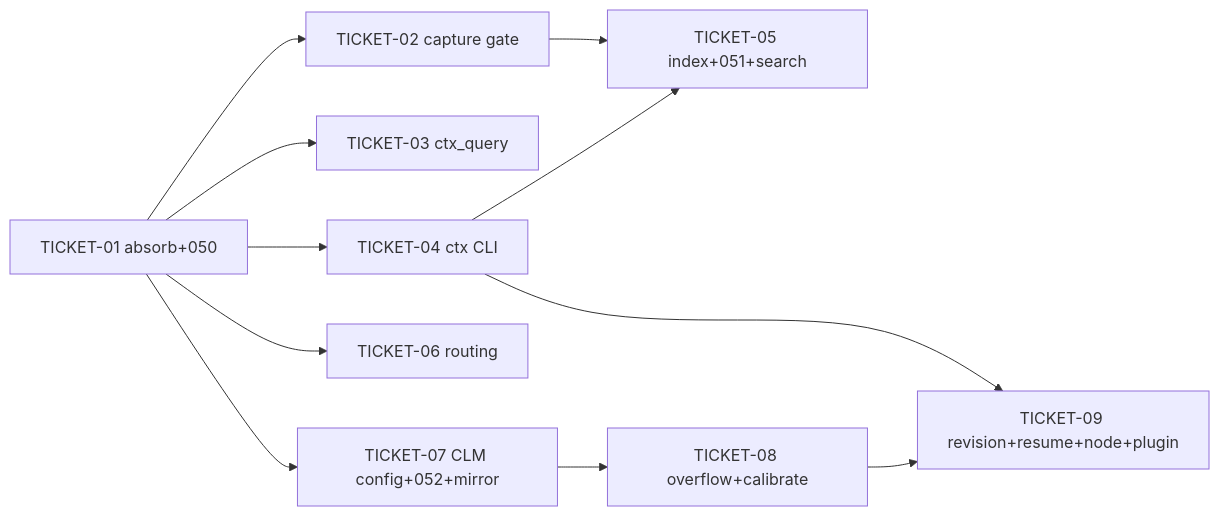
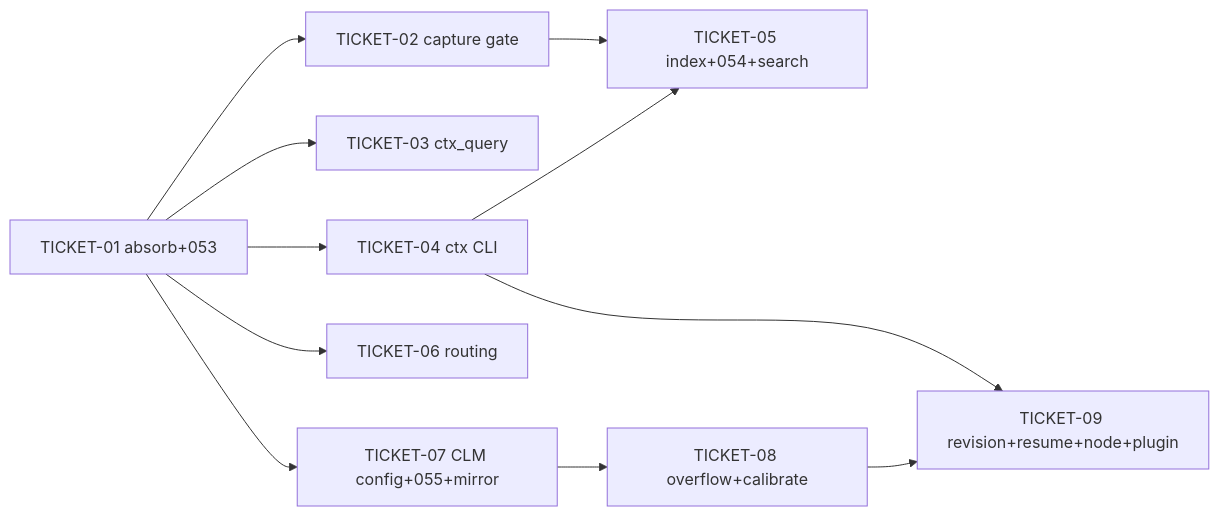
One commit to devopstales/skillgrid changed the diagram in .skillgrid/specs/2026-10-06-context-harness-clm/tasks.md. Above: the diagram before and after it, drawn with Mermaid. The commit also changed other lines of this file and 14 other files, not shown here.

````diff
--- a/.skillgrid/specs/2026-10-06-context-harness-clm/tasks.md
+++ b/.skillgrid/specs/2026-10-06-context-harness-clm/tasks.md
@@ -148,13 +148,13 @@
 ```mermaid
 graph LR
-    T01[TICKET-01 absorb+050] --> T02[TICKET-02 capture gate]
+    T01[TICKET-01 absorb+053] --> T02[TICKET-02 capture gate]
     T01 --> T03[TICKET-03 ctx_query]
     T01 --> T04[TICKET-04 ctx CLI]
     T01 --> T06[TICKET-06 routing]
-    T01 --> T07[TICKET-07 CLM config+052+mirror]
-    T02 --> T05[TICKET-05 index+051+search]
+    T01 --> T07[TICKET-07 CLM config+055+mirror]
+    T02 --> T05[TICKET-05 index+054+search]
     T04 --> T05
     T04 --> T09[TICKET-09 revision+resume+node+plugin]
     T07 --> T08[TICKET-08 overflow+calibrate]
     T08 --> T09
 ```
````
